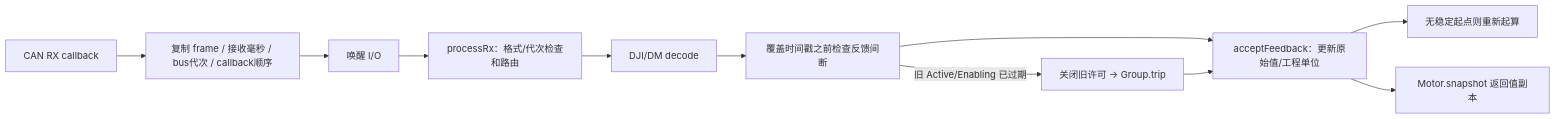
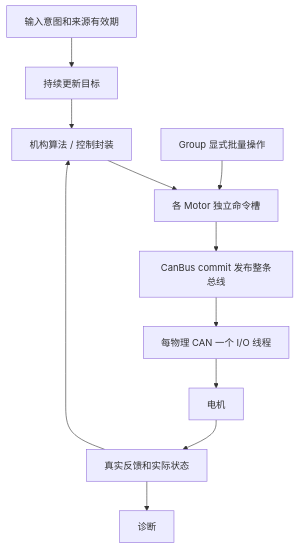
Before and after one commit to SHM-white/SkyWalker_General_Embedded_Code: the diagram in docs/guides/motor-workflow.md, drawn with Mermaid. The commit also changed other lines of this file and 134 other files, not shown here.

First line of the commit message:
Refactor motor control and recovery mechanisms

````diff
--- a/docs/guides/motor-workflow.md
+++ b/docs/guides/motor-workflow.md
@@ -112,13 +19,13 @@
 ```mermaid
-flowchart LR
-    RX[CAN RX callback] --> Q[复制 frame / 接收毫秒 / bus代次 / callback顺序]
-    Q --> W[唤醒 I/O]
-    W --> Route[processRx：格式/代次检查和路由]
-    Route --> Decode[DJI/DM decode]
-    Decode --> Gap[覆盖时间戳之前检查反馈间断]
-    Gap -->|旧 Active/Enabling 已过期| Trip[关闭旧许可 → Group.trip]
-    Gap --> Accept[acceptFeedback：更新原始值/工程单位]
-    Trip --> Accept
-    Accept --> Stable[无稳定起点则重新起算]
-    Accept --> Snapshot[Motor.snapshot 返回值副本]
+flowchart TD
+    Input[输入意图和来源有效期] --> Target[持续更新目标]
+    Target --> Control[机构算法 / 控制封装]
+    Control --> Motor[各 Motor 独立命令槽]
+    Motor --> Publish[CanBus commit 发布整条总线]
+    Publish --> Worker[每物理 CAN 一个 I/O 线程]
+    Worker --> Device[电机]
+    Device --> Feedback[真实反馈和实际状态]
+    Feedback --> Control
+    Feedback --> Diagnostics[诊断]
+    Group[Group 显式批量操作] --> Motor
 ```
````
